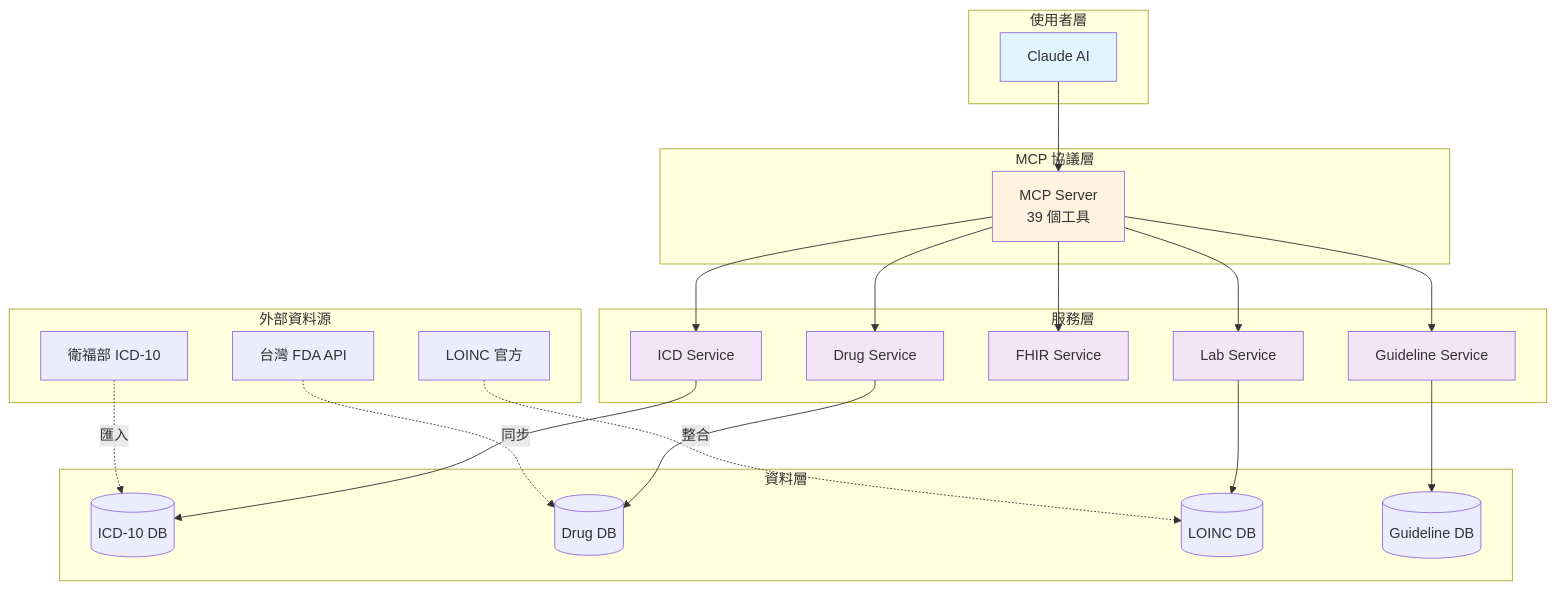
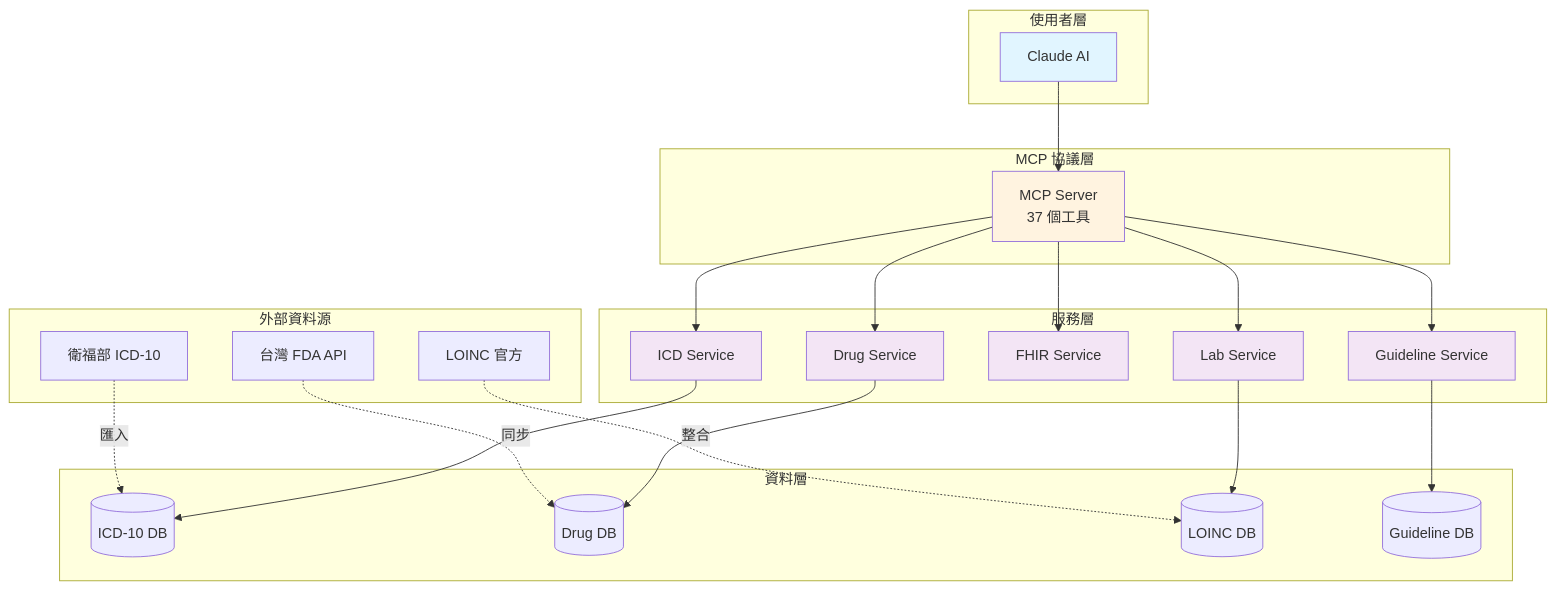
Before and after one commit to healthymind-tech/Taiwan-Health-MCP: the diagram in docs/index.md, drawn with Mermaid. The commit also changed other lines of this file and 54 other files, not shown here.

````diff
--- a/docs/index.md
+++ b/docs/index.md
@@ -109,55 +109,55 @@
 ```mermaid
 graph TB
     subgraph "使用者層"
         A[Claude AI]
     end
 
     subgraph "MCP 協議層"
-        B[MCP Server<br/>39 個工具]
+        B[MCP Server<br/>37 個工具]
     end
 
     subgraph "服務層"
         C1[ICD Service]
         C2[Drug Service]
         C3[FHIR Service]
         C4[Lab Service]
         C5[Guideline Service]
     end
 
     subgraph "資料層"
         D1[(ICD-10 DB)]
         D2[(Drug DB)]
         D3[(LOINC DB)]
         D4[(Guideline DB)]
     end
 
     subgraph "外部資料源"
         E1[台灣 FDA API]
         E2[LOINC 官方]
         E3[衛福部 ICD-10]
     end
 
     A --> B
     B --> C1
     B --> C2
     B --> C3
     B --> C4
     B --> C5
 
     C1 --> D1
     C2 --> D2
     C4 --> D3
     C5 --> D4
 
     E1 -.->|同步| D2
     E2 -.->|整合| D3
     E3 -.->|匯入| D1
 
     style A fill:#e1f5ff
     style B fill:#fff3e0
     style C1 fill:#f3e5f5
     style C2 fill:#f3e5f5
     style C3 fill:#f3e5f5
     style C4 fill:#f3e5f5
     style C5 fill:#f3e5f5
 ```
````
